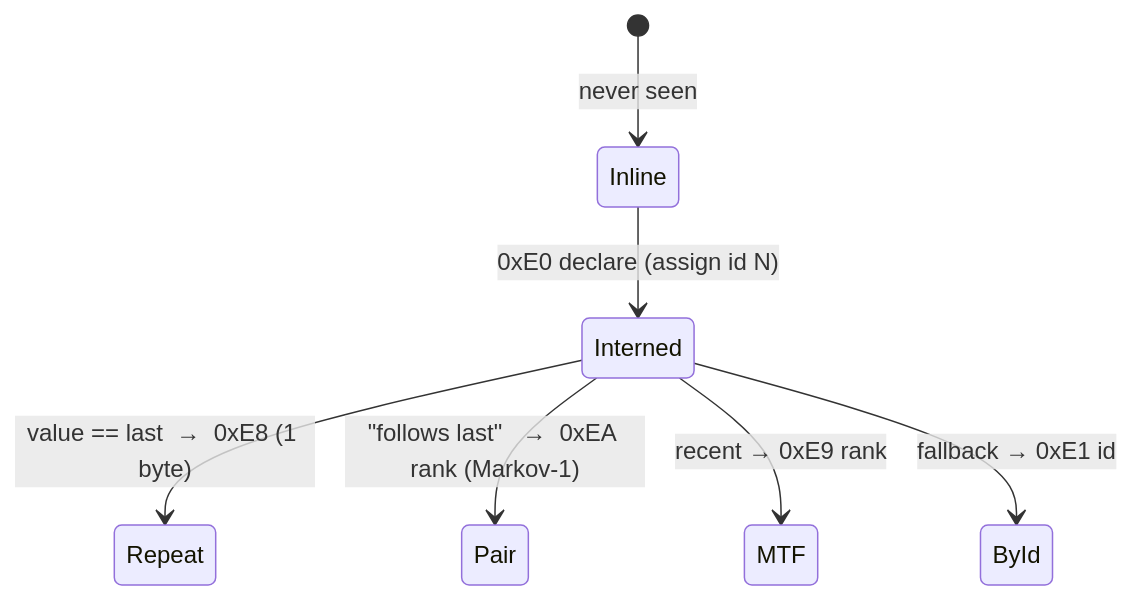
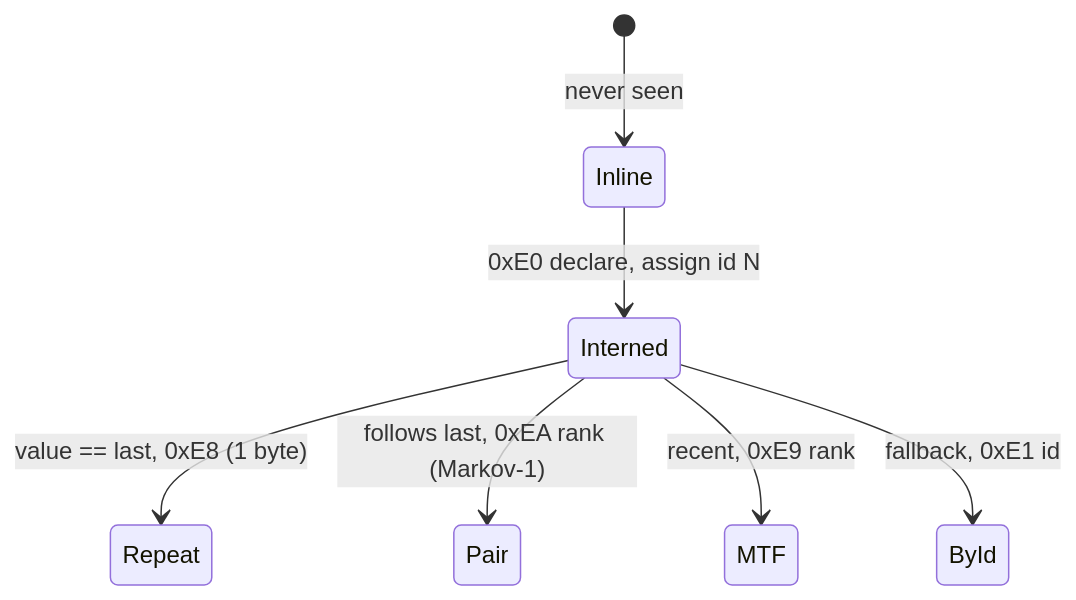
The first of 4 diagrams in docs/ARTICLE.md (alex60217101990/qdf), drawn with Mermaid before and after one commit. The commit also changed other lines of this file and 1 other file, not shown here.

First line of the commit message:
docs: fix mermaid diagrams rendering as raw code

````diff
--- a/docs/ARTICLE.md
+++ b/docs/ARTICLE.md
@@ -127,9 +127,9 @@
 ```mermaid
 stateDiagram-v2
     [*] --> Inline: never seen
-    Inline --> Interned: 0xE0 declare (assign id N)
-    Interned --> Repeat: value == last  →  0xE8 (1 byte)
-    Interned --> Pair: "follows last"   →  0xEA rank (Markov-1)
-    Interned --> MTF: recent            →  0xE9 rank
-    Interned --> ById: fallback         →  0xE1 id
+    Inline --> Interned: 0xE0 declare, assign id N
+    Interned --> Repeat: value == last, 0xE8 (1 byte)
+    Interned --> Pair: follows last, 0xEA rank (Markov-1)
+    Interned --> MTF: recent, 0xE9 rank
+    Interned --> ById: fallback, 0xE1 id
 ```
````
